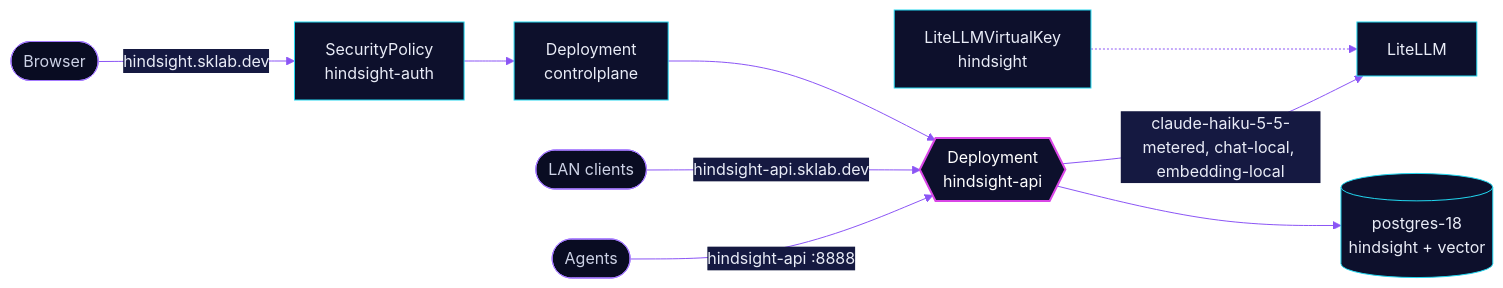
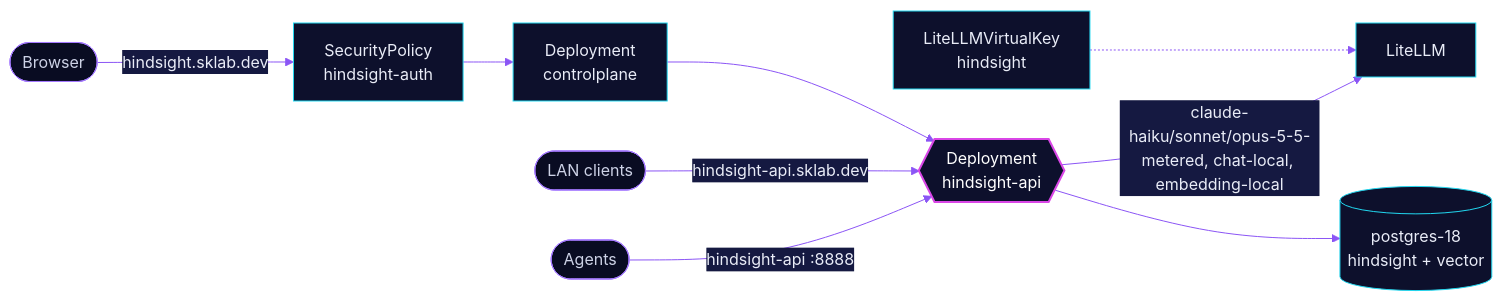
One commit to skrumbach/home-ops changed the diagram in kubernetes/apps/base/ai/hindsight/README.md. Above: the diagram before and after it, drawn with Mermaid. The commit also changed other lines of this file and 6 other files, not shown here.

First line of the commit message:
feat(hindsight): sonnet for observations and pages, opus for reflect (#2930)

````diff
--- a/kubernetes/apps/base/ai/hindsight/README.md
+++ b/kubernetes/apps/base/ai/hindsight/README.md
@@ -44,15 +44,15 @@
 ```mermaid
 %%{init: {'theme':'base','themeVariables':{'primaryColor':'#0D102C','primaryTextColor':'#E9ECF7','primaryBorderColor':'#22D8F0','lineColor':'#8B55F5','secondaryColor':'#151941','tertiaryColor':'#090C22','edgeLabelBackground':'#151941'}}}%%
 flowchart LR
   agent(["Agents"]) -->|"hindsight-api :8888"| api{{"Deployment<br/>hindsight-api"}}
   dev(["LAN clients"]) -->|"hindsight-api.sklab.dev"| api
   user(["Browser"]) -->|"hindsight.sklab.dev"| pol["SecurityPolicy<br/>hindsight-auth"] --> cp["Deployment<br/>controlplane"]
   cp --> api
-  api -->|"claude-haiku-5-5-metered, chat-local, embedding-local"| llm["LiteLLM"]
+  api -->|"claude-haiku/sonnet/opus-5-5-metered, chat-local, embedding-local"| llm["LiteLLM"]
   api --> db[("postgres-18<br/>hindsight + vector")]
   key["LiteLLMVirtualKey<br/>hindsight"] -.-> llm
   classDef accent fill:#0D102C,stroke:#D946E6,stroke-width:2px,color:#FFFFFF
   classDef ext fill:#090C22,stroke:#A57BFF,color:#CDD2E6
   class api accent
   class agent,user,dev ext
 ```
````
